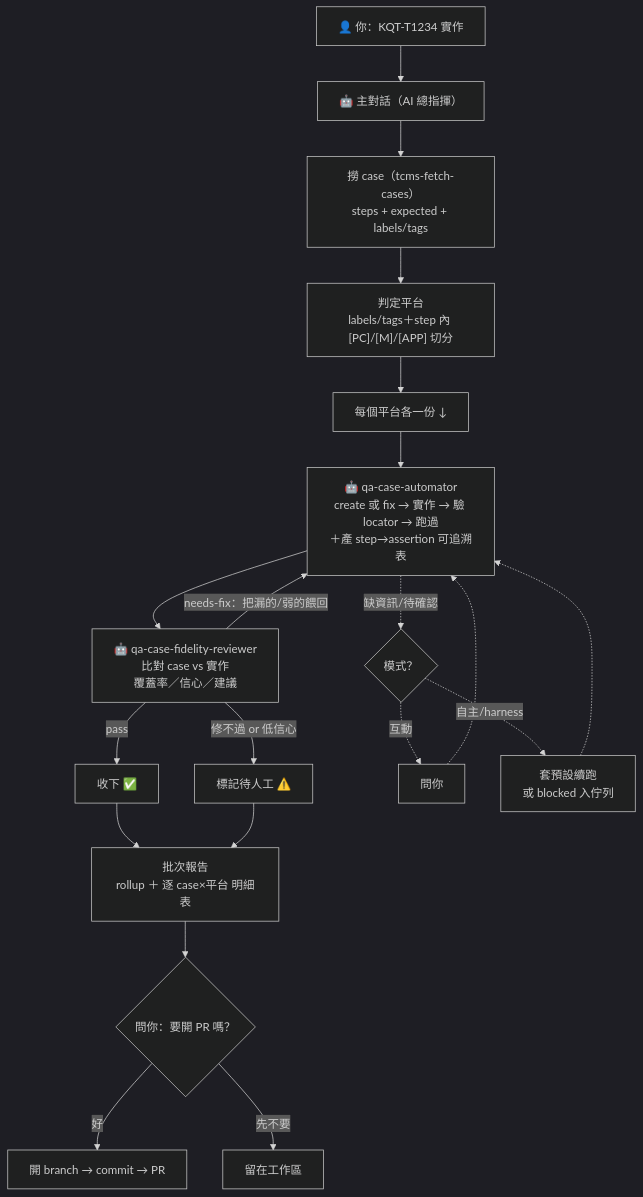
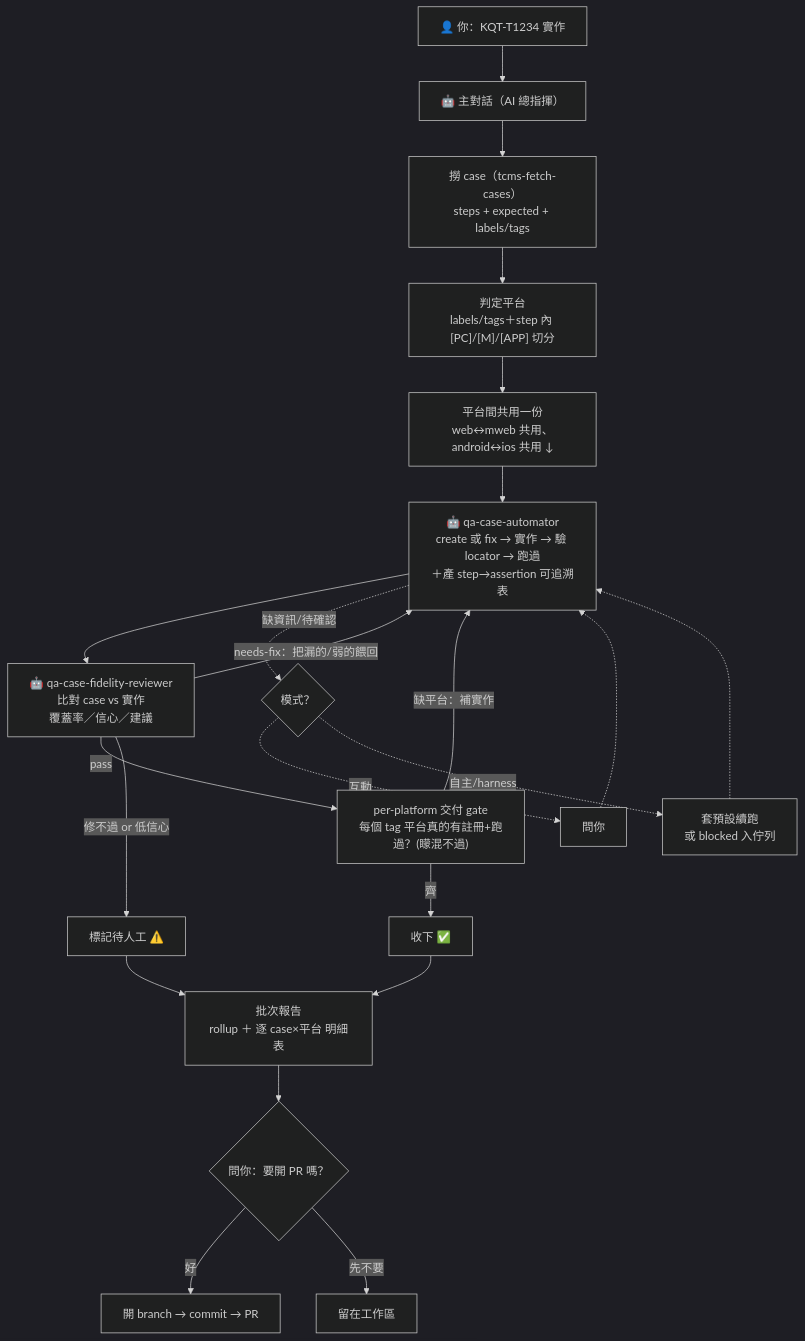
The diagram in docs/how-to-automate-tcms-cases.md (kkday-it/kkday-qa-skills), drawn with Mermaid (dark theme) before and after one commit. The commit also changed other lines of this file, not shown here.

First line of the commit message:
docs(how-to): 對齊共用一份 + 並行 Python playwright + per-platform gate

````diff
--- a/docs/how-to-automate-tcms-cases.md
+++ b/docs/how-to-automate-tcms-cases.md
@@ -42,23 +42,25 @@
 ```mermaid
 flowchart TD
     A["👤 你：KQT-T1234 實作"] --> B["🤖 主對話（AI 總指揮）"]
     B --> C["撈 case（tcms-fetch-cases）<br/>steps + expected + labels/tags"]
     C --> P["判定平台<br/>labels/tags＋step 內 [PC]/[M]/[APP] 切分"]
-    P --> D["每個平台各一份 ↓"]
+    P --> D["平台間共用一份<br/>web↔mweb 共用、android↔ios 共用 ↓"]
 
     D --> E["🤖 qa-case-automator<br/>create 或 fix → 實作 → 驗 locator → 跑過<br/>＋產 step→assertion 可追溯表"]
     E --> F["🤖 qa-case-fidelity-reviewer<br/>比對 case vs 實作<br/>覆蓋率／信心／建議"]
     F -->|"needs-fix：把漏的/弱的餵回"| E
-    F -->|"pass"| G["收下 ✅"]
+    F -->|"pass"| GATE["per-platform 交付 gate<br/>每個 tag 平台真的有註冊+跑過？(矇混不過)"]
+    GATE -->|"齊"| G["收下 ✅"]
+    GATE -->|"缺平台：補實作"| E
     F -->|"修不過 or 低信心"| H["標記待人工 ⚠️"]
 
     E -.->|"缺資訊/待確認"| M{"模式？"}
     M -.->|"互動"| Q["問你"] -.-> E
     M -.->|"自主/harness"| N["套預設續跑<br/>或 blocked 入佇列"] -.-> E
 
     G --> R["批次報告<br/>rollup ＋ 逐 case×平台 明細表"]
     H --> R
     R --> S{"問你：要開 PR 嗎？"}
     S -->|"好"| T["開 branch → commit → PR"]
     S -->|"先不要"| L["留在工作區"]
 ```
````
